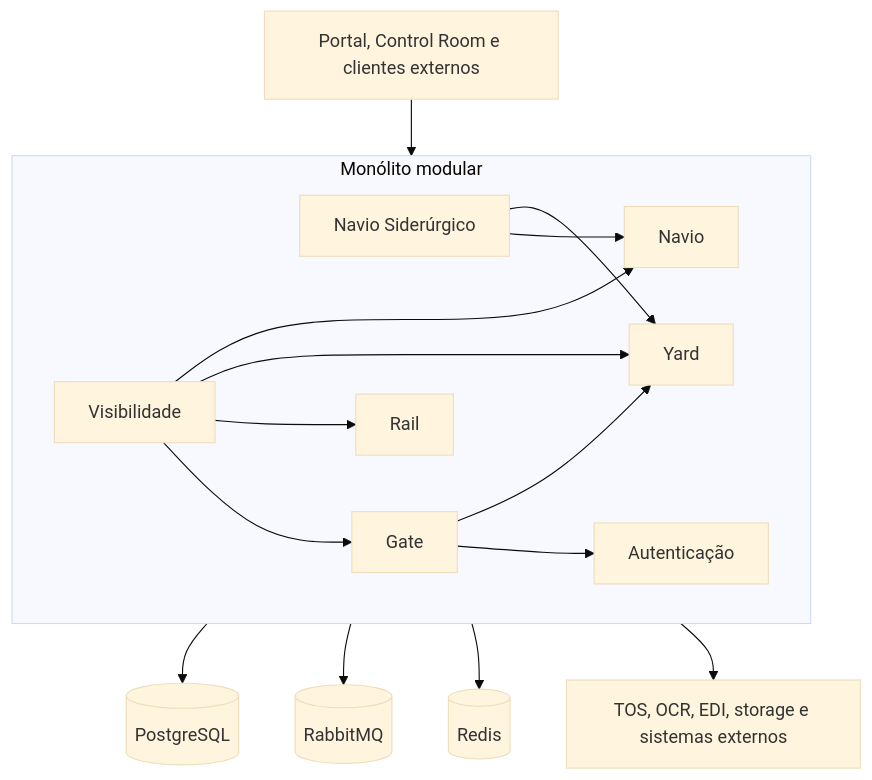
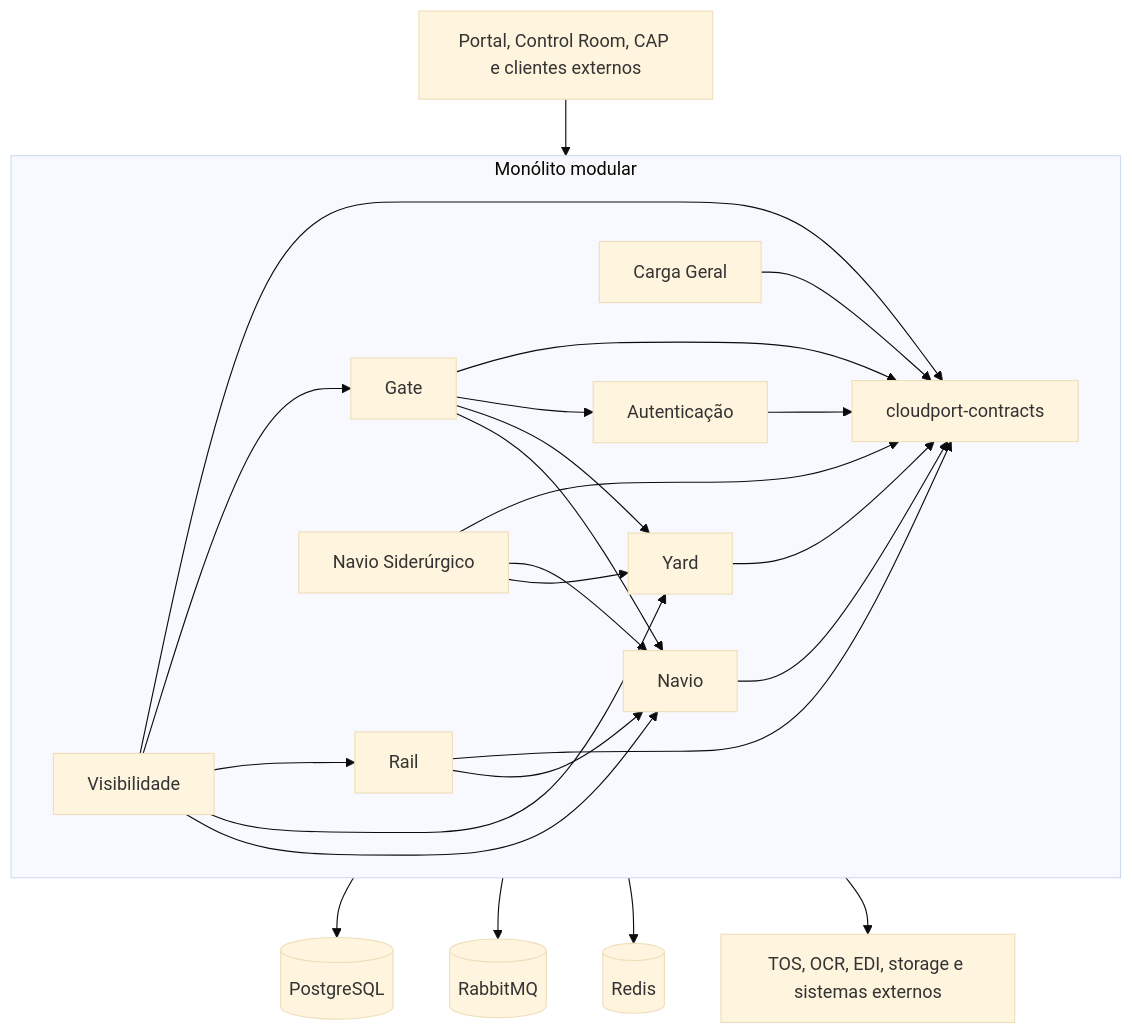
Before and after one commit to diogo2806/CloudPort: the diagram in docs/arquitetura-monolito-modular.md, drawn with Mermaid (base theme). The commit also changed other lines of this file, not shown here.

````diff
--- a/docs/arquitetura-monolito-modular.md
+++ b/docs/arquitetura-monolito-modular.md
@@ -58,28 +66,41 @@
 ```mermaid
 flowchart TB
-    CLIENTES[Portal, Control Room e clientes externos] --> RUNTIME[cloudport-runtime]
+    CLIENTES[Portal, Control Room, CAP e clientes externos] --> RUNTIME[cloudport-runtime]
 
     subgraph RUNTIME[Monólito modular]
+        CONTRACTS[cloudport-contracts]
         AUTH[Autenticação]
+        CARGO[Carga Geral]
         GATE[Gate]
         RAIL[Rail]
         VIS[Visibilidade]
         YARD[Yard]
         NAVIO[Navio]
         SIDERURGICO[Navio Siderúrgico]
 
+        AUTH --> CONTRACTS
+        CARGO --> CONTRACTS
+        GATE --> CONTRACTS
+        RAIL --> CONTRACTS
+        VIS --> CONTRACTS
+        YARD --> CONTRACTS
+        NAVIO --> CONTRACTS
+        SIDERURGICO --> CONTRACTS
+
         SIDERURGICO --> NAVIO
         SIDERURGICO --> YARD
         GATE --> AUTH
         GATE --> YARD
+        GATE --> NAVIO
+        RAIL --> NAVIO
         VIS --> GATE
         VIS --> RAIL
         VIS --> YARD
         VIS --> NAVIO
     end
 
     RUNTIME --> POSTGRES[(PostgreSQL)]
     RUNTIME --> RABBIT[(RabbitMQ)]
     RUNTIME --> REDIS[(Redis)]
     RUNTIME --> EXTERNOS[TOS, OCR, EDI, storage e sistemas externos]
 ```
````
